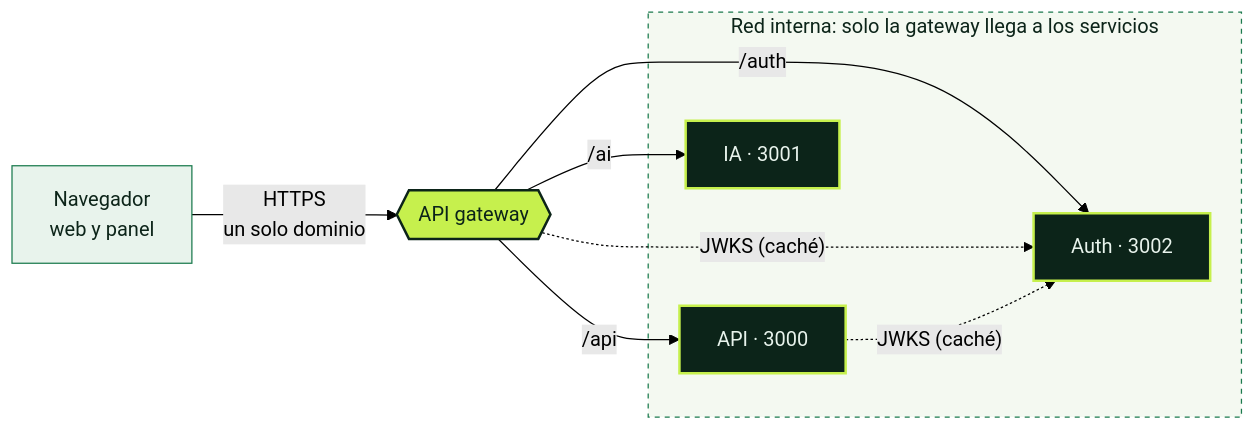
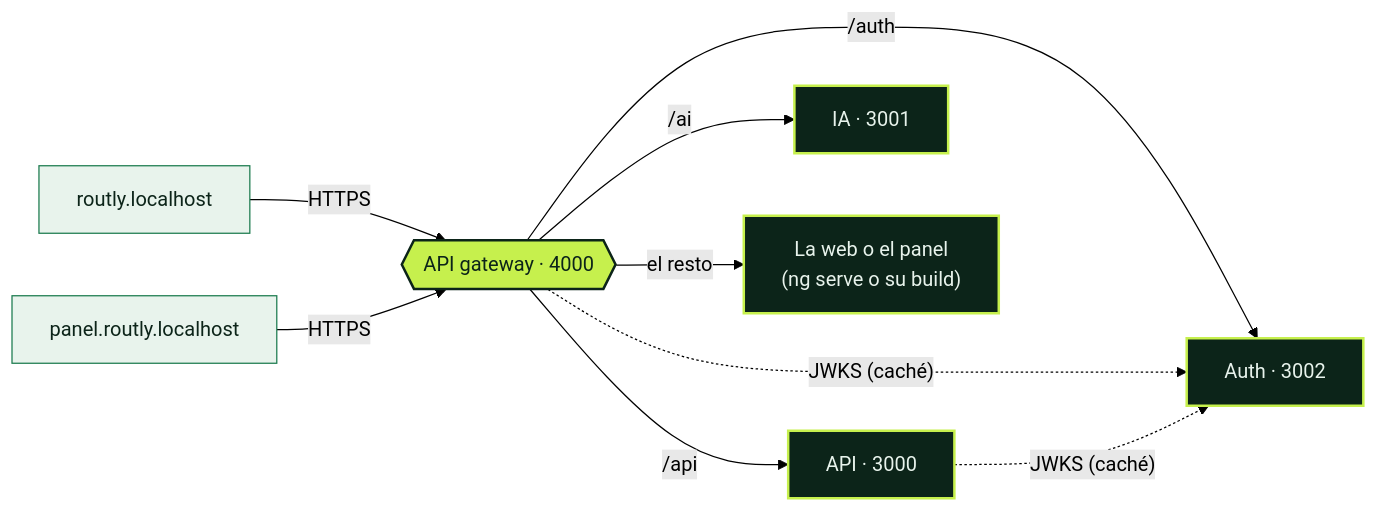
Before and after one commit to Mauro-vs/Routly: the third of 3 diagrams in README.md, drawn with Mermaid (forest theme). The commit also changed other lines of this file and 10 other files, not shown here.

Commit message:
gateway: fase 4, la gateway en npm run dev, test y check, trust_proxy en los servicios y readmes con la api gateway hecha

````diff
--- a/README.md
+++ b/README.md
@@ -288,21 +302,17 @@
 ```mermaid
 flowchart LR
-    N["Navegador<br/>web y panel"] -- "HTTPS<br/>un solo dominio" --> G{{"API gateway"}}
+    W["routly.localhost"] -- "HTTPS" --> G{{"API gateway · 4000"}}
+    P["panel.routly.localhost"] -- "HTTPS" --> G
     G -- "/api" --> B["API · 3000"]
     G -- "/auth" --> U["Auth · 3002"]
     G -- "/ai" --> I["IA · 3001"]
+    G -- "el resto" --> F["La web o el panel<br/>(ng serve o su build)"]
     G -. "JWKS (caché)" .-> U
     B -. "JWKS (caché)" .-> U
-    subgraph red["Red interna: solo la gateway llega a los servicios"]
-        B
-        U
-        I
-    end
     classDef gw fill:#c6f04d,stroke:#0c2419,color:#0c2419,stroke-width:2px
     classDef app fill:#0c2419,stroke:#c6f04d,color:#e8f3ec,stroke-width:2px
     classDef client fill:#e8f3ec,stroke:#1b7a4e,color:#0c2419
     class G gw
-    class B,U,I app
-    class N client
-    style red fill:#f4f9f1,stroke:#1b7a4e,stroke-dasharray:4 4,color:#0c2419
+    class B,U,I,F app
+    class W,P client
 ```
````
